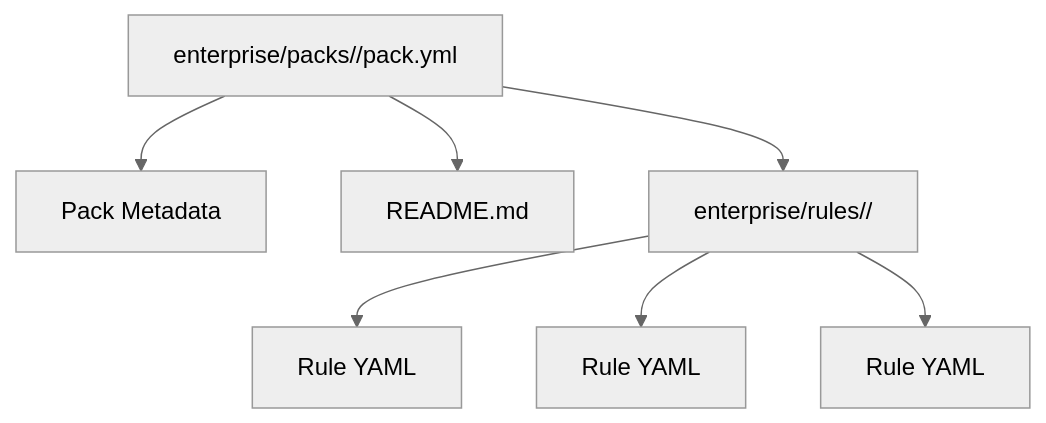
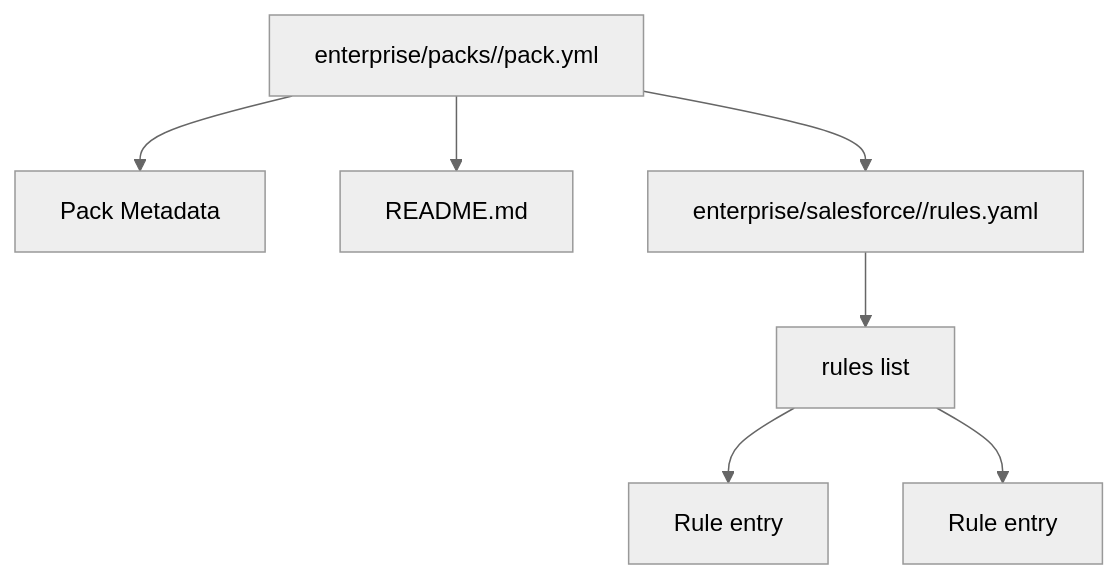
The ninth of 26 diagrams in docs/enterprise-architecture-guide.md (salesforceseeker41-sys/spec-kit), drawn with Mermaid (neutral theme) before and after one commit. The commit also changed other lines of this file and 420 other files, not shown here.

````diff
--- a/docs/enterprise-architecture-guide.md
+++ b/docs/enterprise-architecture-guide.md
@@ -319,9 +320,9 @@
 ```mermaid
 flowchart TD
     Pack[enterprise/packs/<pack>/pack.yml] --> Metadata[Pack Metadata]
     Pack --> Readme[README.md]
-    Pack --> Rules[enterprise/rules/<pack>/]
-    Rules --> Rule1[Rule YAML]
-    Rules --> Rule2[Rule YAML]
-    Rules --> RuleN[Rule YAML]
+    Pack --> Rules[enterprise/salesforce/<domain>/rules.yaml]
+    Rules --> RuleList[rules list]
+    RuleList --> Rule1[Rule entry]
+    RuleList --> RuleN[Rule entry]
 ```
````
